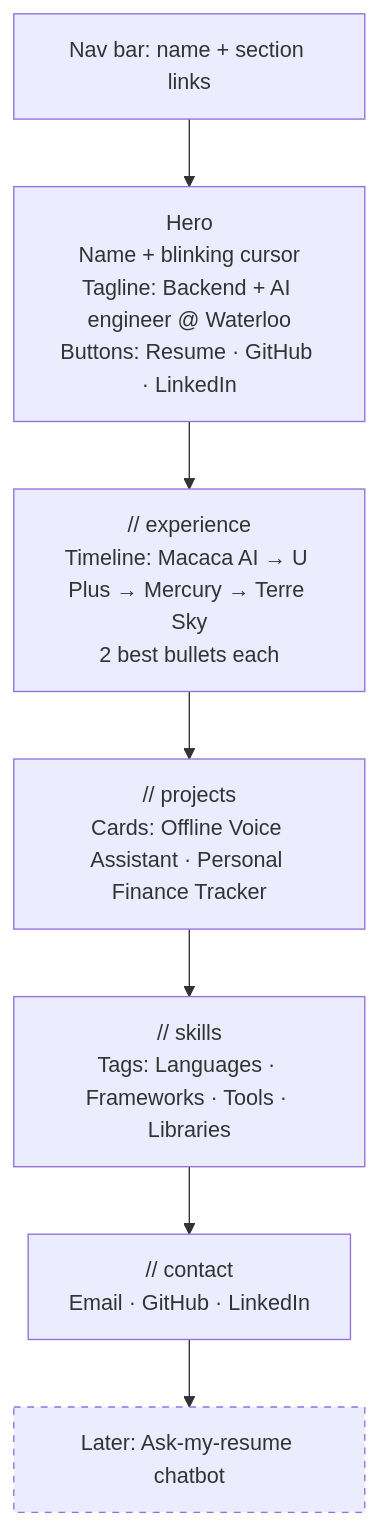
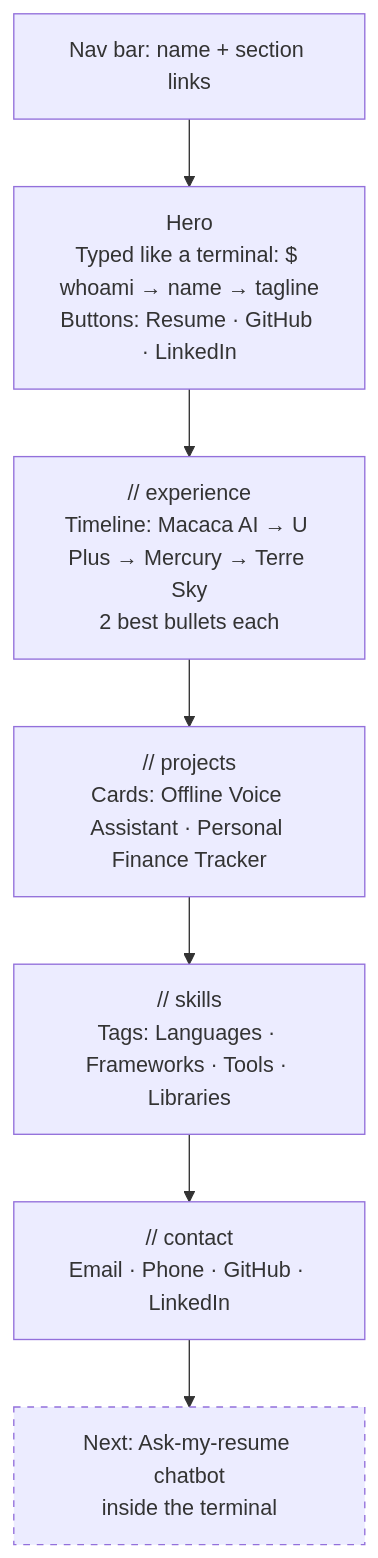
Before and after one commit to Sanjay617/my-own-website: the second of 4 diagrams in PLAN.md, drawn with Mermaid. The commit also changed other lines of this file, not shown here.

Commit message:
Add chatbot design to plan and refresh stale sections

````diff
--- a/PLAN.md
+++ b/PLAN.md
@@ -40,11 +41,11 @@
 ```mermaid
 flowchart TD
     N[Nav bar: name + section links] --> H
-    H["Hero<br/>Name + blinking cursor<br/>Tagline: Backend + AI engineer @ Waterloo<br/>Buttons: Resume · GitHub · LinkedIn"] --> X
+    H["Hero<br/>Typed like a terminal: $ whoami → name → tagline<br/>Buttons: Resume · GitHub · LinkedIn"] --> X
     X["// experience<br/>Timeline: Macaca AI → U Plus → Mercury → Terre Sky<br/>2 best bullets each"] --> P
     P["// projects<br/>Cards: Offline Voice Assistant · Personal Finance Tracker"] --> S
     S["// skills<br/>Tags: Languages · Frameworks · Tools · Libraries"] --> C
-    C["// contact<br/>Email · GitHub · LinkedIn"] --> L
-    L["Later: Ask-my-resume chatbot"]
+    C["// contact<br/>Email · Phone · GitHub · LinkedIn"] --> L
+    L["Next: Ask-my-resume chatbot<br/>inside the terminal"]
     style L stroke-dasharray: 5 5
 ```
````
